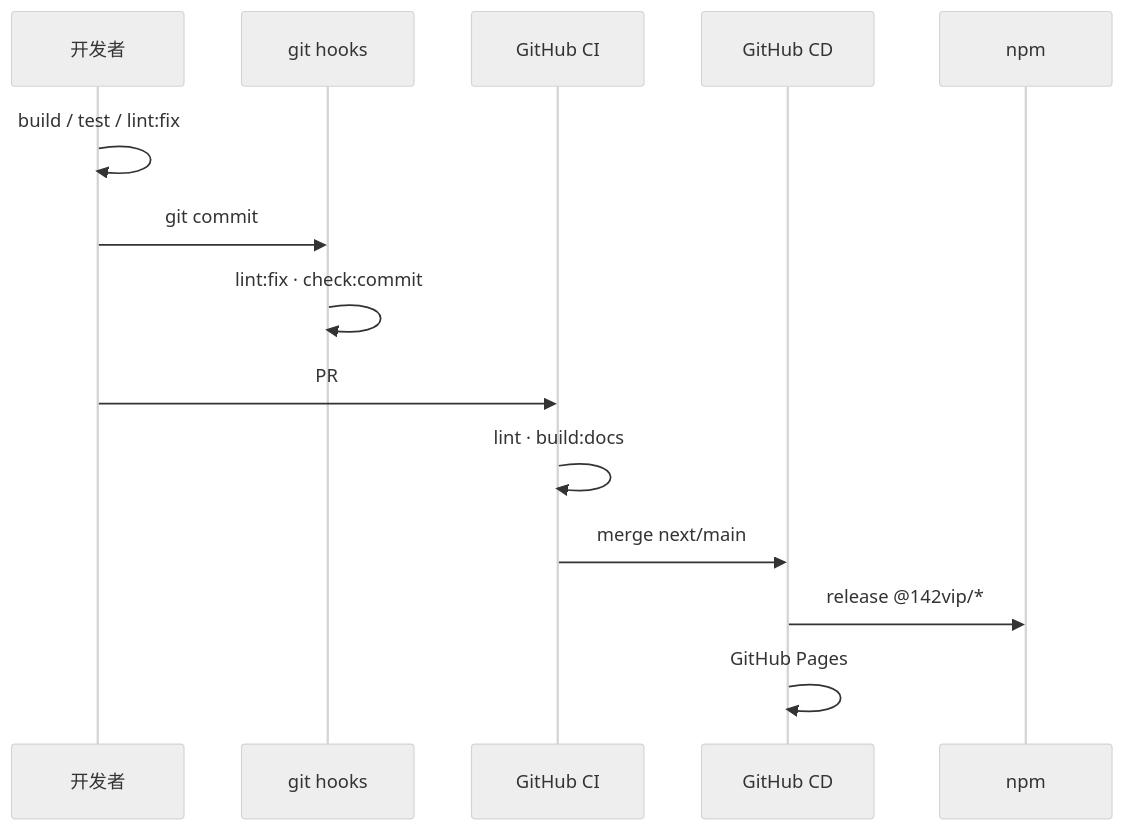
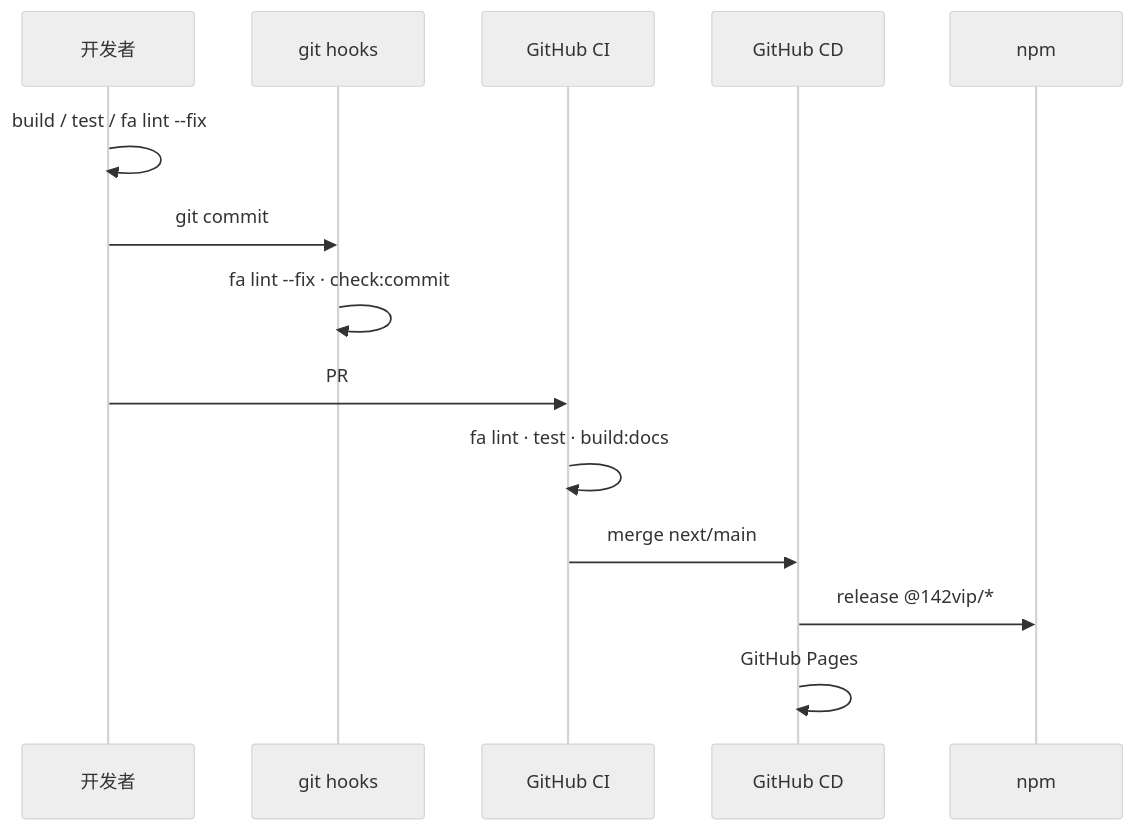
The fourth of 5 diagrams in docs/index.md (142vip/core-x), drawn with Mermaid (neutral theme) before and after one commit. The commit also changed other lines of this file and 5 other files, not shown here.

````diff
--- a/docs/index.md
+++ b/docs/index.md
@@ -84,17 +84,17 @@
 ```mermaid
 sequenceDiagram
   participant Dev as 开发者
   participant Hook as git hooks
   participant CI as GitHub CI
   participant CD as GitHub CD
   participant NPM as npm
 
-  Dev->>Dev: build / test / lint:fix
+  Dev->>Dev: build / test / fa lint --fix
   Dev->>Hook: git commit
-  Hook->>Hook: lint:fix · check:commit
+  Hook->>Hook: fa lint --fix · check:commit
   Dev->>CI: PR
-  CI->>CI: lint · build:docs
+  CI->>CI: fa lint · test · build:docs
   CI->>CD: merge next/main
   CD->>NPM: release @142vip/*
   CD->>CD: GitHub Pages
 ```
````
